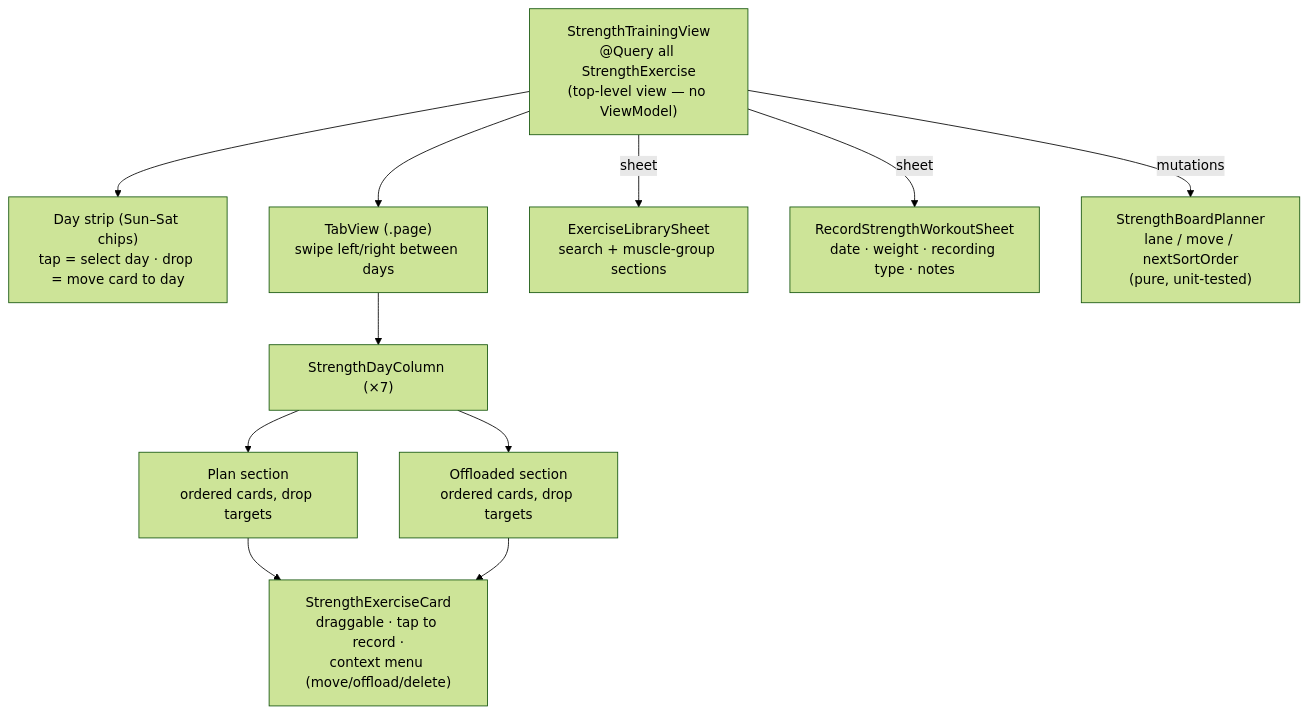
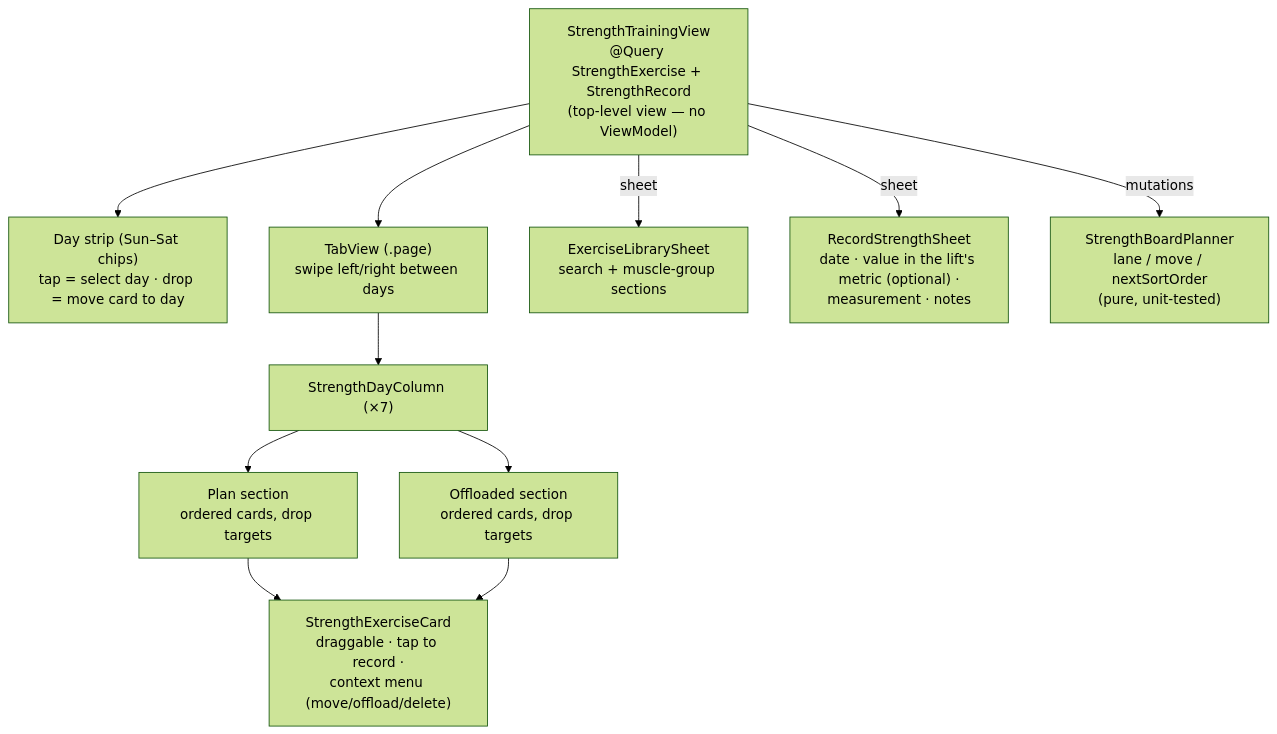
One commit to bradlet/train changed the third of 4 diagrams in docs/STRENGTH_TRAINING.md. Above: the diagram before and after it, drawn with Mermaid (forest theme). The commit also changed other lines of this file and 4 other files, not shown here.

First line of the commit message:
docs: document lift-owned strength history

````diff
--- a/docs/STRENGTH_TRAINING.md
+++ b/docs/STRENGTH_TRAINING.md
@@ -120,21 +137,21 @@
 ```mermaid
 flowchart TD
-    STV["StrengthTrainingView<br/>@Query all StrengthExercise<br/>(top-level view — no ViewModel)"]
+    STV["StrengthTrainingView<br/>@Query StrengthExercise + StrengthRecord<br/>(top-level view — no ViewModel)"]
     STRIP["Day strip (Sun–Sat chips)<br/>tap = select day · drop = move card to day"]
     TAB["TabView (.page)<br/>swipe left/right between days"]
     COL["StrengthDayColumn (×7)"]
     PLAN["Plan section<br/>ordered cards, drop targets"]
     OFF["Offloaded section<br/>ordered cards, drop targets"]
     CARD["StrengthExerciseCard<br/>draggable · tap to record ·<br/>context menu (move/offload/delete)"]
     LIB["ExerciseLibrarySheet<br/>search + muscle-group sections"]
-    REC["RecordStrengthWorkoutSheet<br/>date · weight · recording type · notes"]
+    REC["RecordStrengthSheet<br/>date · value in the lift's metric (optional) ·<br/>measurement · notes"]
     PLANNER["StrengthBoardPlanner<br/>lane / move / nextSortOrder<br/>(pure, unit-tested)"]
 
     STV --> STRIP
     STV --> TAB --> COL
     COL --> PLAN --> CARD
     COL --> OFF --> CARD
     STV -->|sheet| LIB
     STV -->|sheet| REC
     STV -->|mutations| PLANNER
 ```
````
